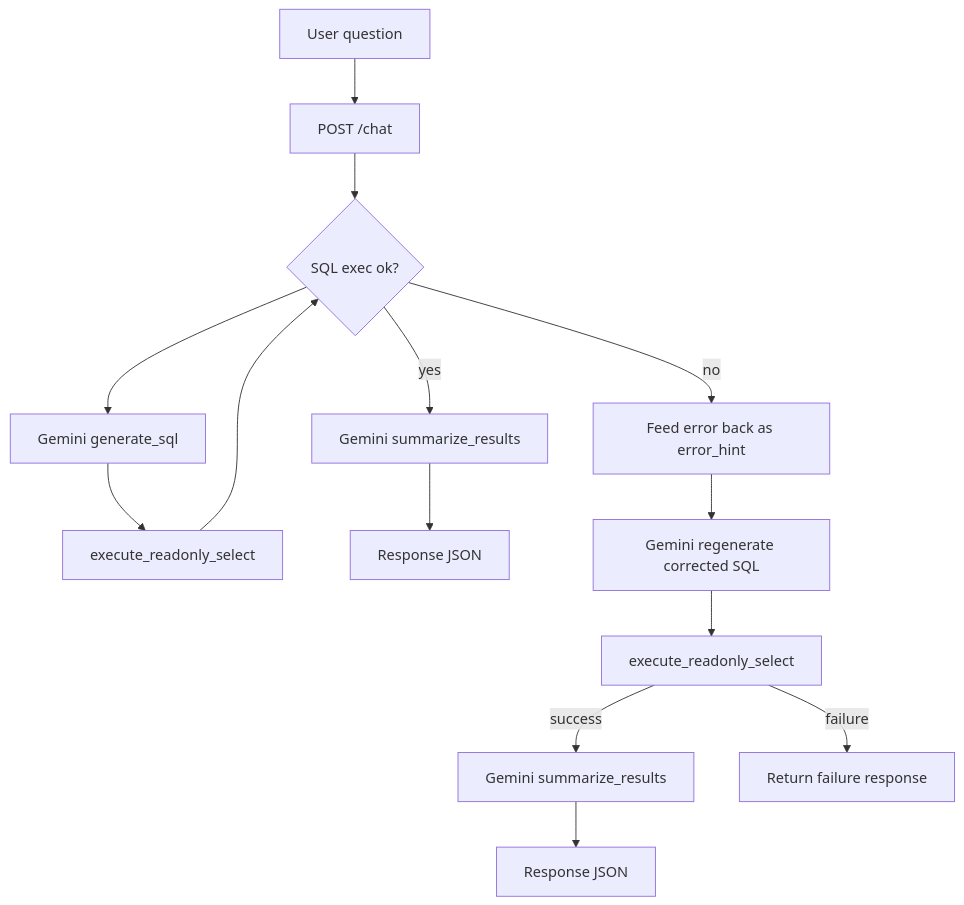
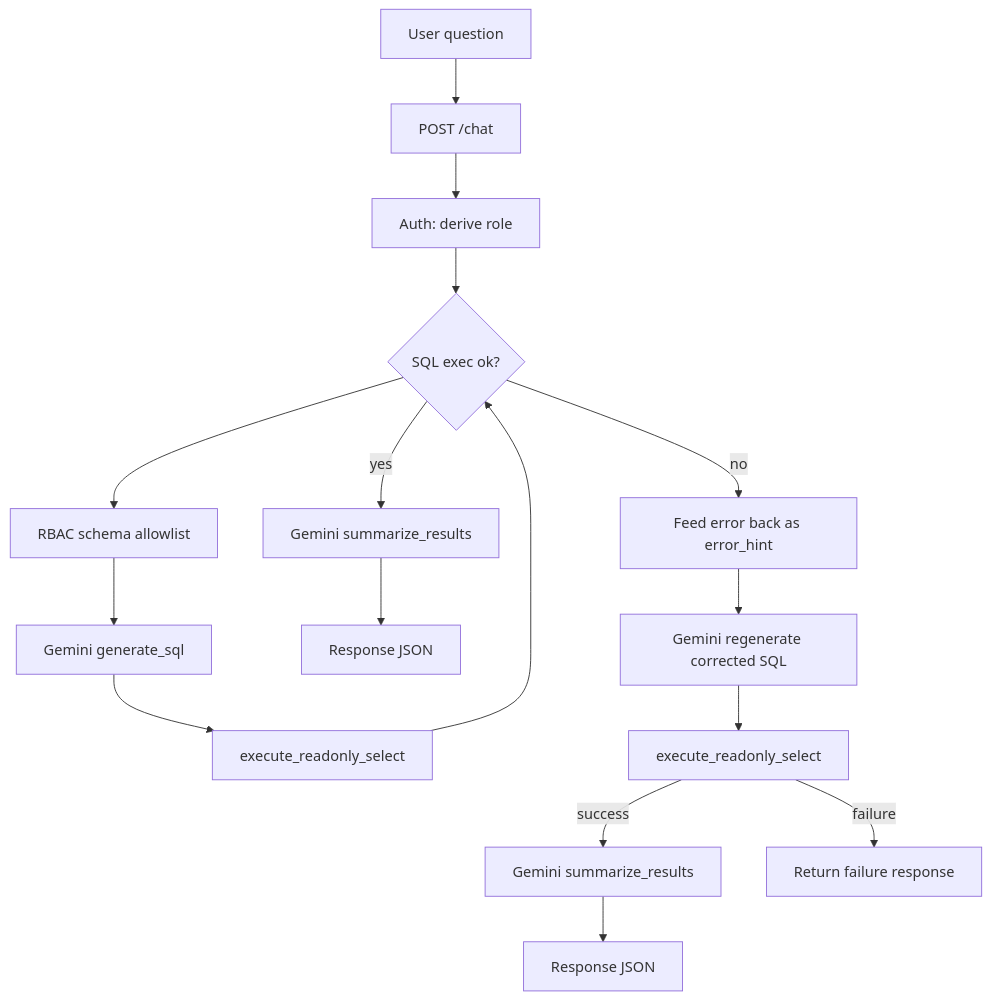
Before and after one commit to gulkhan92/text2sql-conversational-postgres: the diagram in README.md, drawn with Mermaid.

Commit message:
Updated prompt

````diff
--- a/README.md
+++ b/README.md
@@ -60,24 +60,27 @@
 ```mermaid
 flowchart TD
   U[User question] --> A[POST /chat]
 
-  A --> S[SchemaCache / schema introspection]
-  S --> G0[Gemini generate_sql]
+  A --> R0[Auth: derive role]
+  R0 --> S[SchemaCache / schema introspection]
+  S --> R1[RBAC schema allowlist]
+  R1 --> G0[Gemini generate_sql]
+
 
   G0 --> Q[execute_readonly_select]
   Q --> S{SQL exec ok?}
   S -->|yes| R[Gemini summarize_results]
   R --> Resp[Response JSON]
 
   S -->|no| E[Feed error back as error_hint]
 
   E --> G1[Gemini regenerate corrected SQL]
   G1 --> Q2[execute_readonly_select]
 
 
   Q2 -->|success| R2[Gemini summarize_results]
   R2 --> Resp2[Response JSON]
 
   Q2 -->|failure| F[Return failure response]
 
 ```
````
